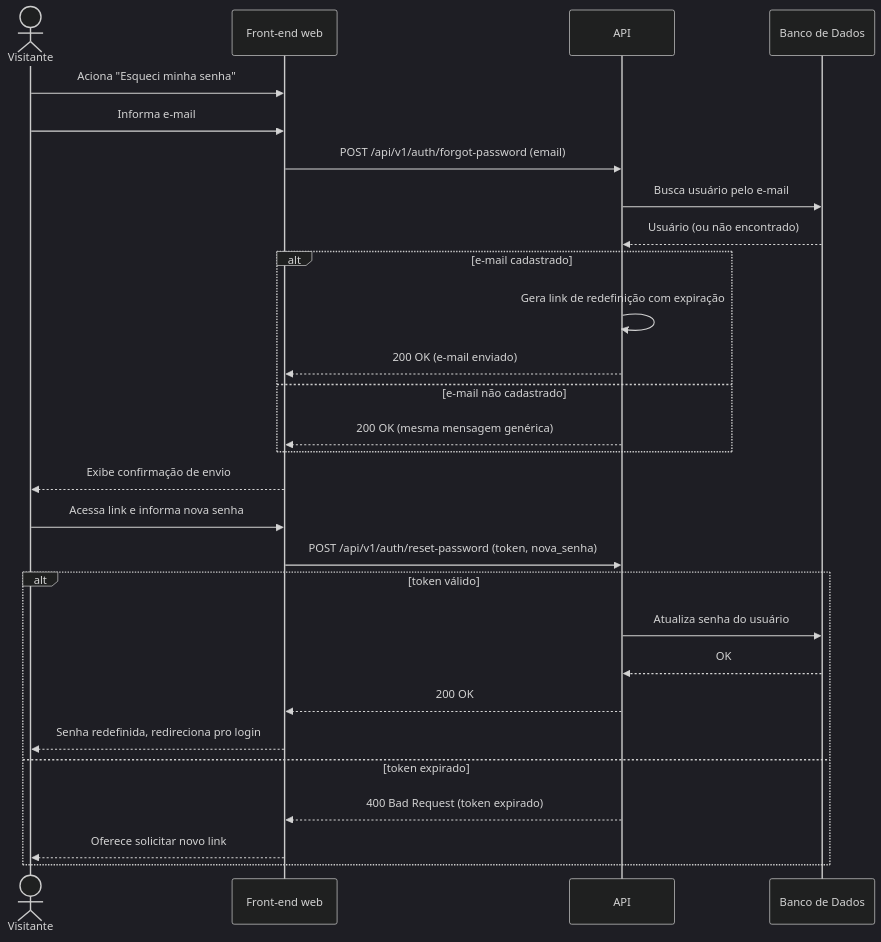
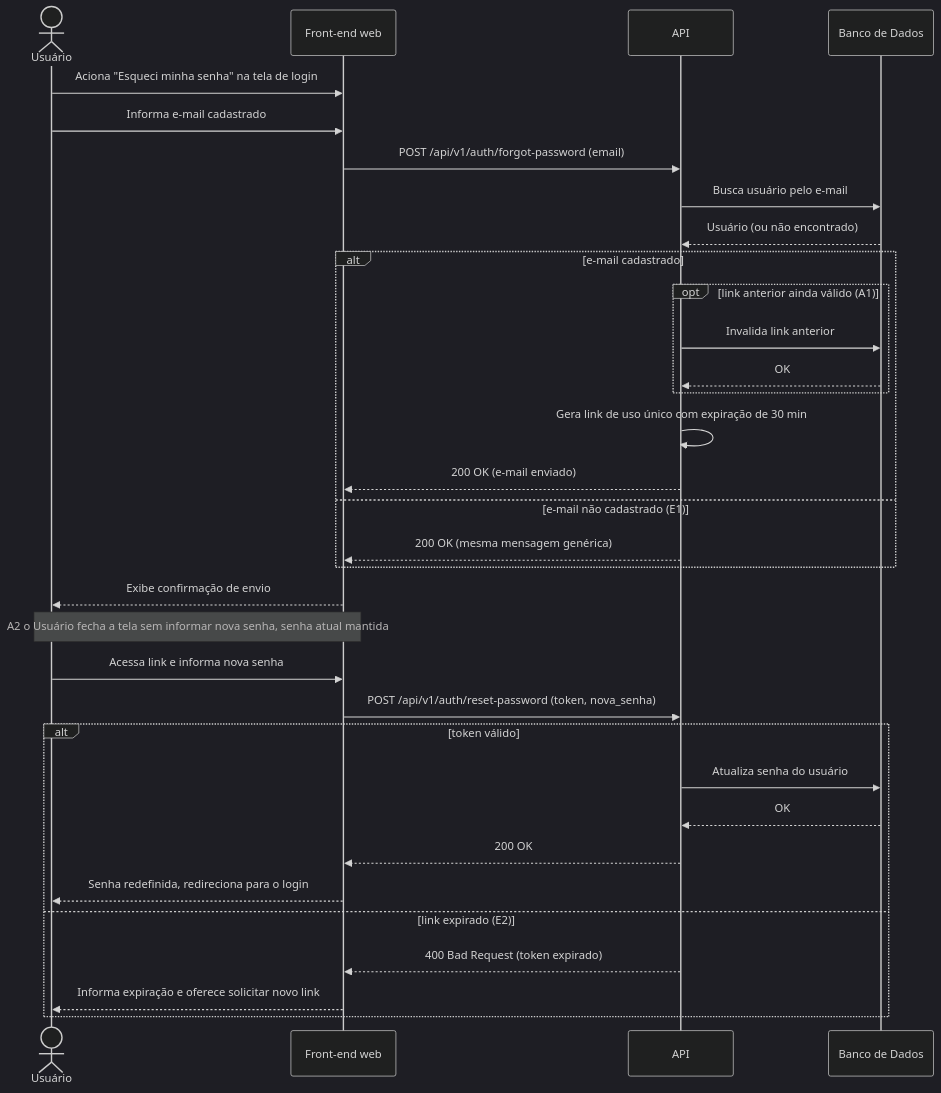
One commit to Plataforma-de-Cursos-TCC/plataforma-cursos-docs changed the diagram in docs/ssd/UC011-recuperar-senha.md. Above: the diagram before and after it, drawn with Mermaid (dark theme). The commit also changed other lines of this file and 17 other files, not shown here.

````diff
--- a/docs/ssd/UC011-recuperar-senha.md
+++ b/docs/ssd/UC011-recuperar-senha.md
@@ -5,31 +5,36 @@
 ```mermaid
 sequenceDiagram
-    actor Visitante
+    actor Usuário
     participant FE as Front-end web
     participant API
     participant DB as Banco de Dados
 
-    Visitante->>FE: Aciona "Esqueci minha senha"
-    Visitante->>FE: Informa e-mail
+    Usuário->>FE: Aciona "Esqueci minha senha" na tela de login
+    Usuário->>FE: Informa e-mail cadastrado
     FE->>API: POST /api/v1/auth/forgot-password (email)
     API->>DB: Busca usuário pelo e-mail
     DB-->>API: Usuário (ou não encontrado)
     alt e-mail cadastrado
-        API->>API: Gera link de redefinição com expiração
+        opt link anterior ainda válido (A1)
+            API->>DB: Invalida link anterior
+            DB-->>API: OK
+        end
+        API->>API: Gera link de uso único com expiração de 30 min
         API-->>FE: 200 OK (e-mail enviado)
-    else e-mail não cadastrado
+    else e-mail não cadastrado (E1)
         API-->>FE: 200 OK (mesma mensagem genérica)
     end
-    FE-->>Visitante: Exibe confirmação de envio
-    Visitante->>FE: Acessa link e informa nova senha
+    FE-->>Usuário: Exibe confirmação de envio
+    Note over Usuário,FE: A2 o Usuário fecha a tela sem informar nova senha, senha atual mantida
+    Usuário->>FE: Acessa link e informa nova senha
     FE->>API: POST /api/v1/auth/reset-password (token, nova_senha)
     alt token válido
         API->>DB: Atualiza senha do usuário
         DB-->>API: OK
         API-->>FE: 200 OK
-        FE-->>Visitante: Senha redefinida, redireciona pro login
-    else token expirado
+        FE-->>Usuário: Senha redefinida, redireciona para o login
+    else link expirado (E2)
         API-->>FE: 400 Bad Request (token expirado)
-        FE-->>Visitante: Oferece solicitar novo link
+        FE-->>Usuário: Informa expiração e oferece solicitar novo link
     end
 ```
````
